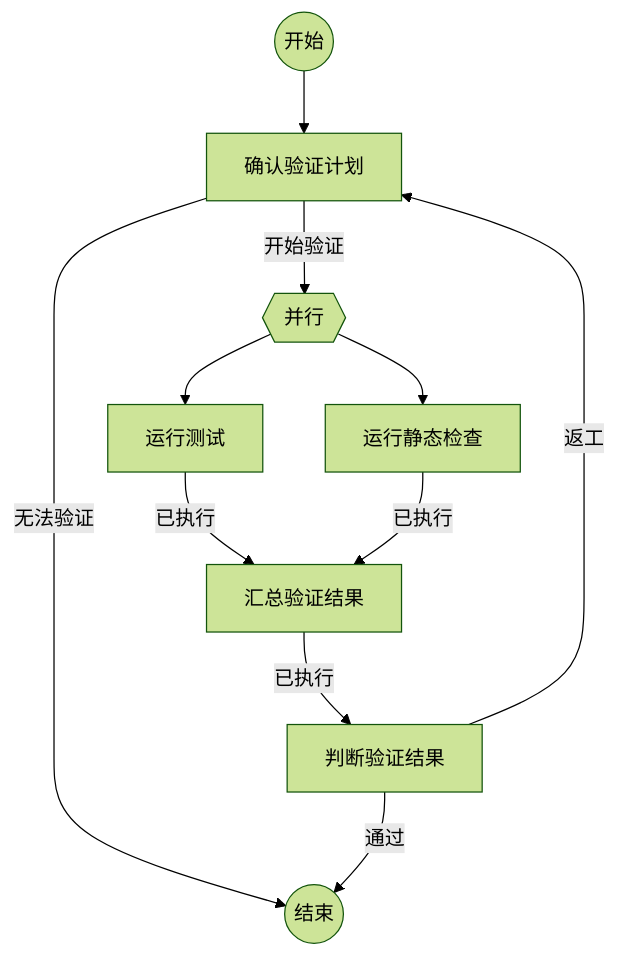
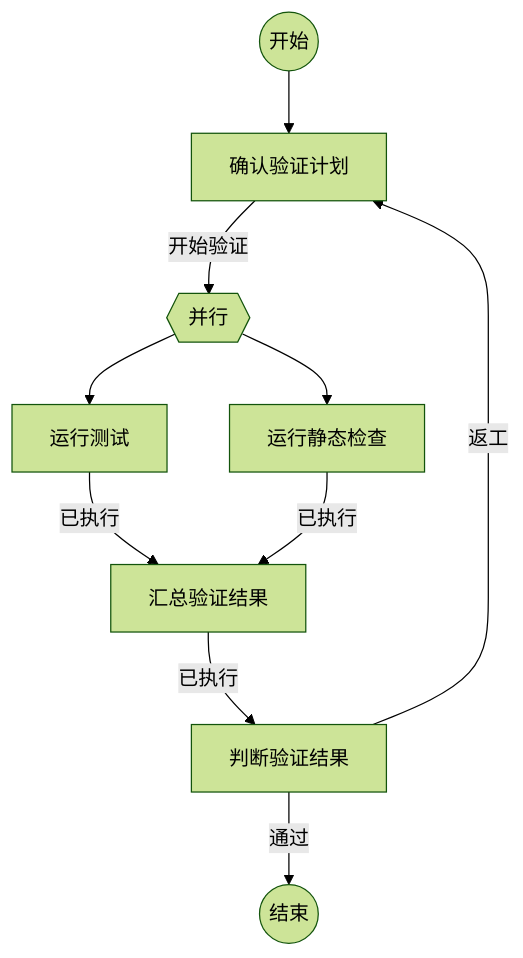
The second of 2 diagrams in docs/flow-overview.md (JhihJian/Agent-Flow-Runtime), drawn with Mermaid (forest theme) before and after one commit. The commit also changed other lines of this file and 3 other files, not shown here.

Commit message:
docs: 重写 Flow Runtime 核心设计

````diff
--- a/docs/flow-overview.md
+++ b/docs/flow-overview.md
@@ -59,13 +76,12 @@
 ```mermaid
 flowchart TD
   start((开始)) --> plan[确认验证计划]
   plan -->|开始验证| parallel{{并行}}
-  plan -->|无法验证| finish((结束))
   parallel --> test[运行测试]
   parallel --> lint[运行静态检查]
   test -->|已执行| merge[汇总验证结果]
   lint -->|已执行| merge
   merge -->|已执行| judge[判断验证结果]
-  judge -->|通过| finish
+  judge -->|通过| finish((结束))
   judge -->|返工| plan
 ```
````
